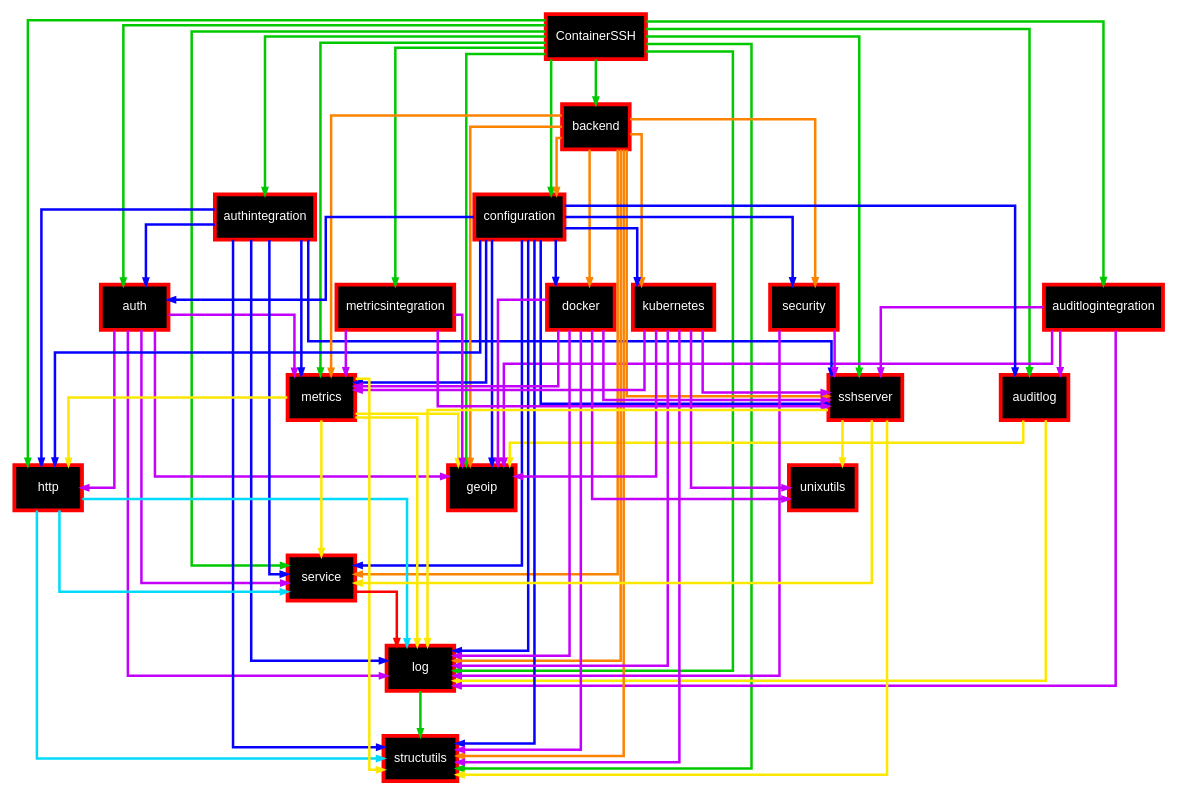
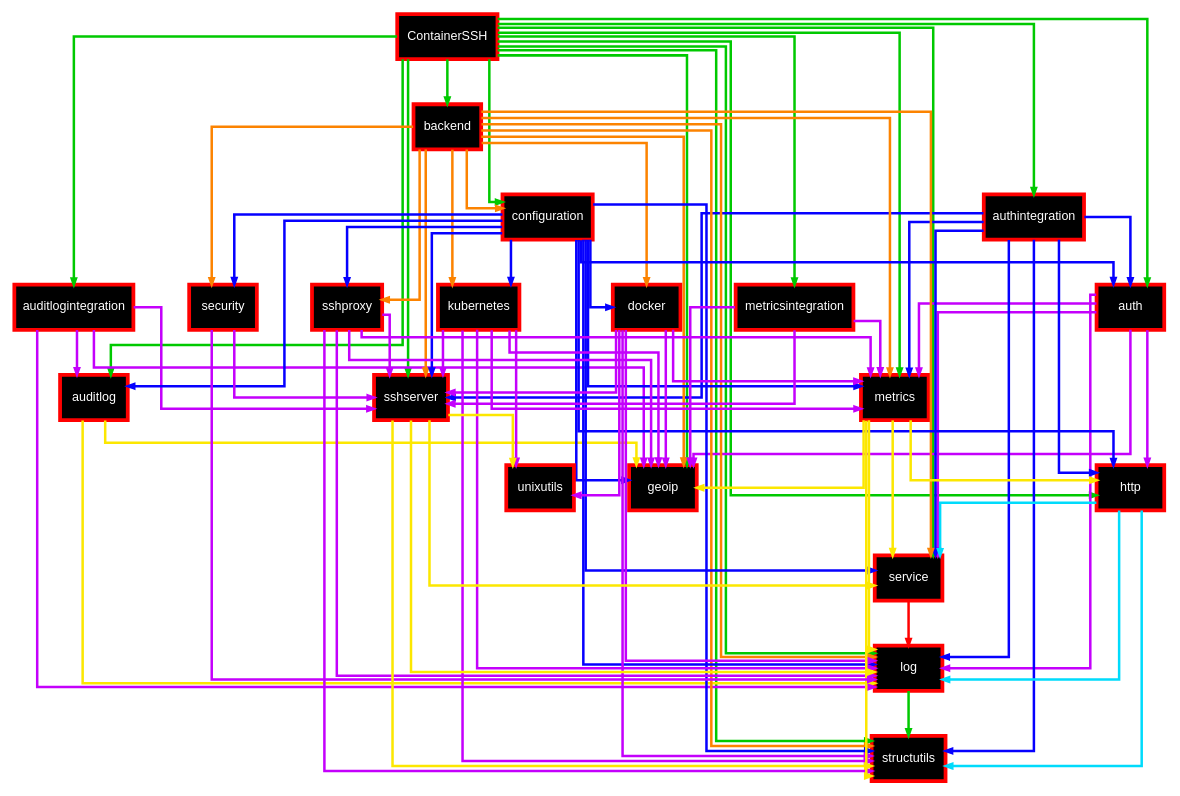
Before and after one commit to ContainerSSH/containerssh.github.io: the diagram in docs/development/containerssh/modules.dot, drawn with Graphviz. The commit also changed 3 other files, not shown here.

```diff
--- a/docs/development/containerssh/modules.dot
+++ b/docs/development/containerssh/modules.dot
@@ -1,124 +1,133 @@
 digraph ContainerSSH {
     concentrate=true;
     graph [splines=ortho, nodesep=0.2, fontname="Arial", concentrate=true]
     node [shape=box, style=filled, fillcolor=black, color=red, fontcolor=white, fontsize=10, fontname="Arial", penwidth=3]
     edge [penwidth=2, color="#00C900", arrowsize=0.5, tailclip=true]
 
     ContainerSSH [url="https://github.com/containerssh/containerssh"]
     auditlog [url="https://github.com/containerssh/auditlog"]
     auditlogintegration [url="https://github.com/containerssh/auditlogintegration"]
     auth [url="https://github.com/containerssh/auth"]
     authintegration [url="https://github.com/containerssh/authintegration"]
     backend [url="https://github.com/containerssh/backend"]
     configuration [url="https://github.com/containerssh/configuration"]
     docker [url="https://github.com/containerssh/docker"]
+    sshproxy [url="https://github.com/containerssh/sshproxy"]
     http [url="https://github.com/containerssh/http"]
     kubernetes [url="https://github.com/containerssh/kubernetes"]
     log [url="https://github.com/containerssh/log"]
     metrics [url="https://github.com/containerssh/metrics"]
     metricsintegration [url="https://github.com/containerssh/metricsintegration"]
     security [url="https://github.com/containerssh/security"]
     service [url="https://github.com/containerssh/service"]
     sshserver [url="https://github.com/containerssh/sshserver"]
 
     ContainerSSH -> auditlog [color="#00C900"]
     ContainerSSH -> auditlogintegration [color="#00C900"]
     ContainerSSH -> auth [color="#00C900"]
     ContainerSSH -> authintegration [color="#00C900"]
     ContainerSSH -> backend [color="#00C900"]
     ContainerSSH -> configuration [color="#00C900"]
     ContainerSSH -> geoip [color="#00C900"]
     ContainerSSH -> http [color="#00C900"]
     ContainerSSH -> log [color="#00C900"]
     ContainerSSH -> metrics [color="#00C900"]
     ContainerSSH -> metricsintegration [color="#00C900"]
     ContainerSSH -> service [color="#00C900"]
     ContainerSSH -> sshserver [color="#00C900"]
     ContainerSSH -> structutils [color="#00C900"]
 
     auditlog -> geoip [color="#fce700"]
     auditlog -> log [color="#fce700"]
 
     auditlogintegration -> auditlog [color="#c400fc"]
     auditlogintegration -> geoip [color="#c400fc"]
     auditlogintegration -> log [color="#c400fc"]
     auditlogintegration -> sshserver [color="#c400fc"]
 
     auth -> geoip [color="#c400fc"]
     auth -> http [color="#c400fc"]
     auth -> log [color="#c400fc"]
     auth -> metrics [color="#c400fc"]
     auth -> service [color="#c400fc"]
 
     authintegration -> auth [color="#0600FF"]
     authintegration -> http [color="#0600FF"]
     authintegration -> log [color="#0600FF"]
     authintegration -> service [color="#0600FF"]
     authintegration -> sshserver [color="#0600FF"]
     authintegration -> structutils [color="#0600FF"]
     authintegration -> metrics [color="#0600FF"]
 
     backend -> configuration [color="#FC8300"]
     backend -> docker [color="#FC8300"]
+    backend -> sshproxy [color="#FC8300"]
     backend -> geoip [color="#FC8300"]
     backend -> kubernetes [color="#FC8300"]
     backend -> log [color="#FC8300"]
     backend -> metrics [color="#FC8300"]
     backend -> security [color="#FC8300"]
     backend -> service [color="#FC8300"]
     backend -> sshserver [color="#FC8300"]
     backend -> structutils [color="#FC8300"]
 
     configuration -> auditlog [color="#0600FF"]
     configuration -> auth [color="#0600FF"]
     configuration -> docker [color="#0600FF"]
+    configuration -> sshproxy [color="#0600FF"]
     configuration -> geoip [color="#0600FF"]
     configuration -> http [color="#0600FF"]
     configuration -> kubernetes [color="#0600FF"]
     configuration -> log [color="#0600FF"]
     configuration -> metrics [color="#0600FF"]
     configuration -> security [color="#0600FF"]
     configuration -> service [color="#0600FF"]
     configuration -> sshserver [color="#0600FF"]
     configuration -> structutils [color="#0600FF"]
 
     docker -> geoip [color="#c400fc"]
     docker -> log [color="#c400fc"]
     docker -> metrics [color="#c400fc"]
     docker -> sshserver [color="#c400fc"]
     docker -> structutils [color="#c400fc"]
     docker -> unixutils [color="#c400fc"]
+
+    sshproxy -> geoip [color="#c400fc"]
+    sshproxy -> log [color="#c400fc"]
+    sshproxy -> metrics [color="#c400fc"]
+    sshproxy -> sshserver [color="#c400fc"]
+    sshproxy -> structutils [color="#c400fc"]
 
     http -> log [color="#00dbfc"]
     http -> service [color="#00dbfc"]
     http -> structutils [color="#00dbfc"]
 
     kubernetes -> geoip [color="#c400fc"]
     kubernetes -> log [color="#c400fc"]
     kubernetes -> metrics [color="#c400fc"]
     kubernetes -> sshserver [color="#c400fc"]
     kubernetes -> structutils [color="#c400fc"]
     kubernetes -> unixutils [color="#c400fc"]
 
     log -> structutils
 
     metrics -> geoip [color="#fce700"]
     metrics -> http [color="#fce700"]
     metrics -> log [color="#fce700"]
     metrics -> service [color="#fce700"]
     metrics -> structutils [color="#fce700"]
 
     metricsintegration -> geoip [color="#c400fc"]
     metricsintegration -> metrics [color="#c400fc"]
     metricsintegration -> sshserver [color="#c400fc"]
 
     security -> log [color="#c400fc"]
     security -> sshserver [color="#c400fc"]
 
     service -> log [color="#ff0000"]
 
     sshserver -> log [color="#fce700"]
     sshserver -> service [color="#fce700"]
     sshserver -> structutils [color="#fce700"]
     sshserver -> unixutils [color="#fce700"]
 }
```
